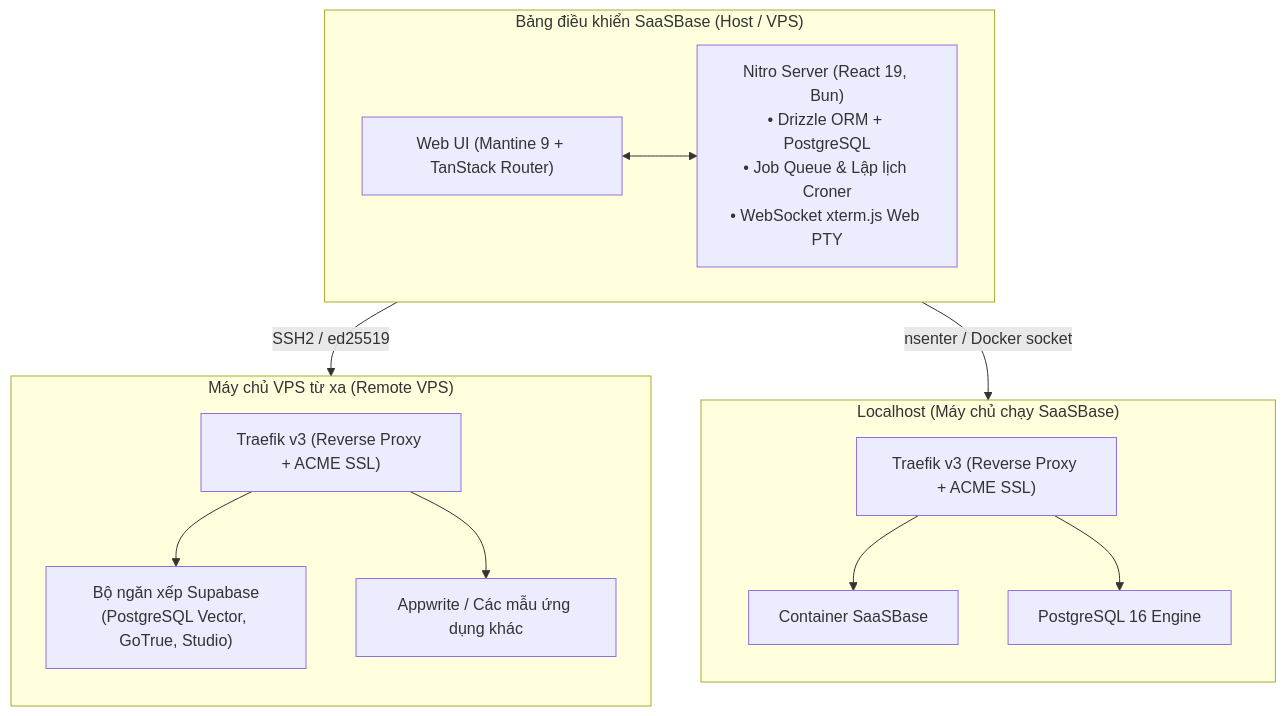
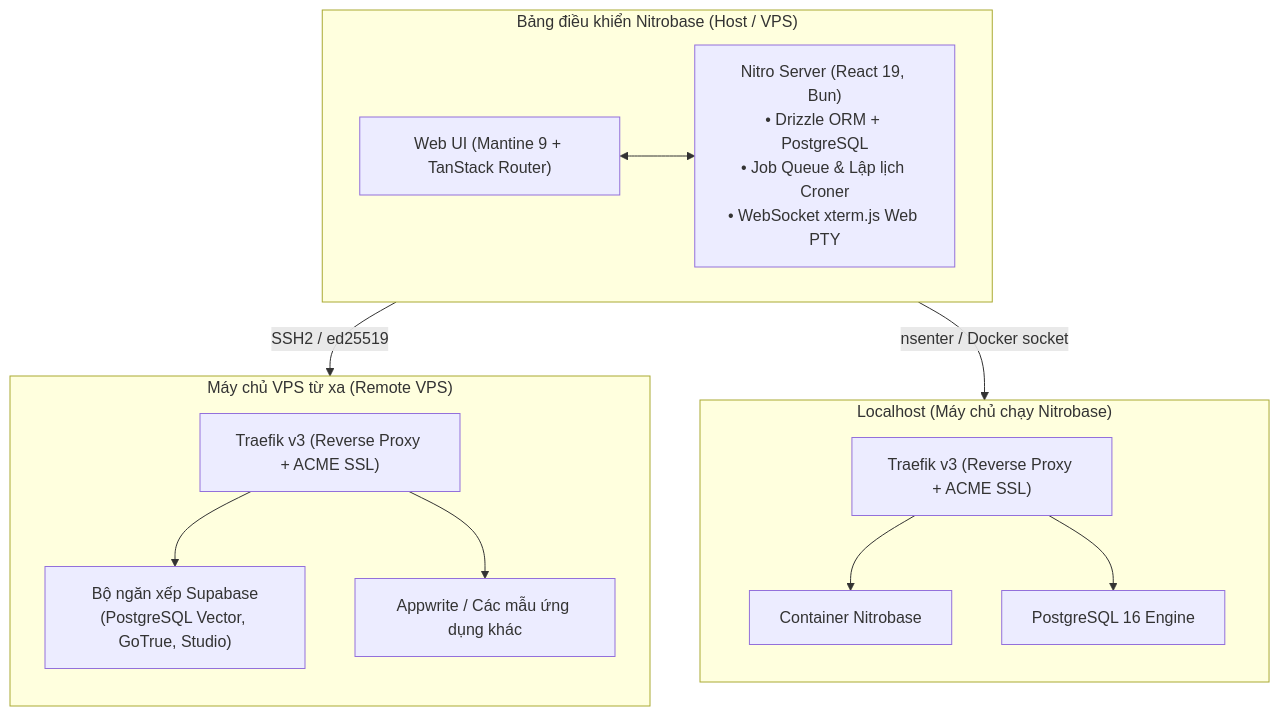
Before and after one commit to hoagminh/nitrobase-home: the diagram in contents/docs/vi/core-concepts/architecture.md, drawn with Mermaid. The commit also changed other lines of this file and 216 other files, not shown here.

````diff
--- a/contents/docs/vi/core-concepts/architecture.md
+++ b/contents/docs/vi/core-concepts/architecture.md
@@ -10,24 +10,24 @@
 ```mermaid
 flowchart TB
-  subgraph Panel["Bảng điều khiển SaaSBase (Host / VPS)"]
+  subgraph Panel["Bảng điều khiển Nitrobase (Host / VPS)"]
     direction LR
     UI["Web UI (Mantine 9 + TanStack Router)"] <--> Nitro["Nitro Server (React 19, Bun)<br/>• Drizzle ORM + PostgreSQL<br/>• Job Queue & Lập lịch Croner<br/>• WebSocket xterm.js Web PTY"]
   end
 
   Panel -->|SSH2 / ed25519| Remote["Máy chủ VPS từ xa (Remote VPS)"]
-  Panel -->|nsenter / Docker socket| Local["Localhost (Máy chủ chạy SaaSBase)"]
+  Panel -->|nsenter / Docker socket| Local["Localhost (Máy chủ chạy Nitrobase)"]
 
   subgraph Remote["Máy chủ VPS từ xa (Remote VPS)"]
     direction TB
     TR["Traefik v3 (Reverse Proxy + ACME SSL)"]
     TR --> Supabase["Bộ ngăn xếp Supabase<br/>(PostgreSQL Vector, GoTrue, Studio)"]
     TR --> Appwrite["Appwrite / Các mẫu ứng dụng khác"]
   end
 
-  subgraph Local["Localhost (Máy chủ chạy SaaSBase)"]
+  subgraph Local["Localhost (Máy chủ chạy Nitrobase)"]
     direction TB
     TL["Traefik v3 (Reverse Proxy + ACME SSL)"]
-    TL --> App["Container SaaSBase"]
+    TL --> App["Container Nitrobase"]
     TL --> DB["PostgreSQL 16 Engine"]
   end
 ```
````
